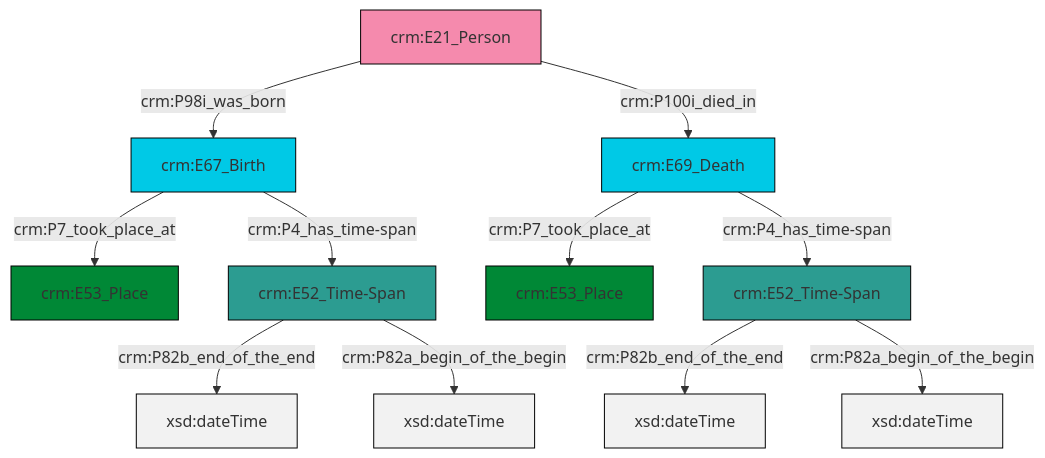
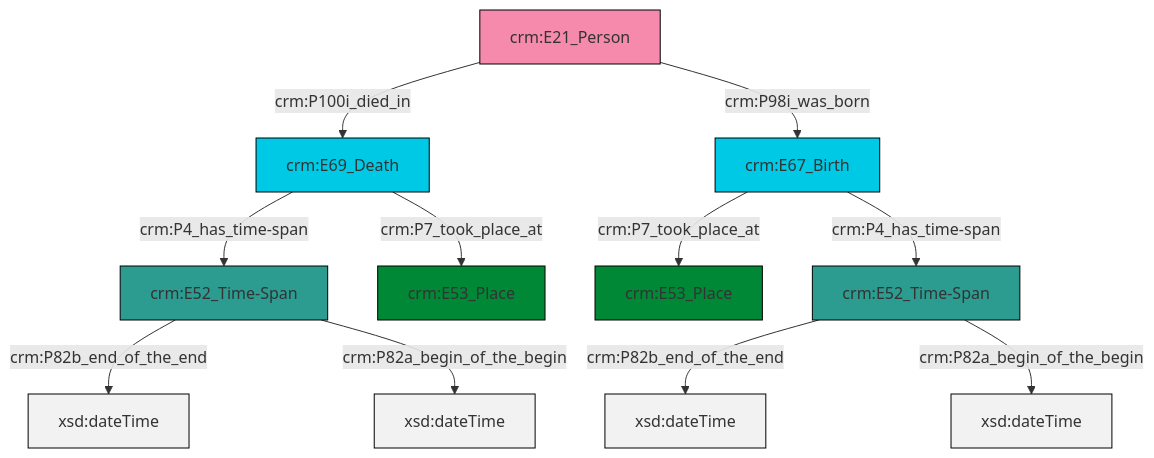
One commit to swiss-art-research-net/reference-data-models changed the diagram in et/personCSV/ttl/mmd/Person_Existence.ttl.mmd. Above: the diagram before and after it, drawn with Mermaid. The commit also changed 148 other files, not shown here.

```diff
--- a/et/personCSV/ttl/mmd/Person_Existence.ttl.mmd
+++ b/et/personCSV/ttl/mmd/Person_Existence.ttl.mmd
@@ -1,25 +1,25 @@
 graph TD
 classDef Literal fill:#f2f2f2,stroke:#000000;
 classDef CRM_Entity fill:#FFFFFF,stroke:#000000;
 classDef Temporal_Entity fill:#00C9E6, stroke:#000000;
 classDef Type fill:#E18312, stroke:#000000;
 classDef Time-Span fill:#2C9C91, stroke:#000000;
 classDef Appellation fill:#FFEB7F, stroke:#000000;
 classDef Place fill:#008836, stroke:#000000;
 classDef Persistent_Item fill:#B266B2, stroke:#000000;
 classDef Conceptual_Object fill:#FFD700, stroke:#000000;
 classDef Physical_Thing fill:#D2B48C, stroke:#000000;
 classDef Actor fill:#f58aad, stroke:#000000;
 classDef PC_Classes fill:#4ce600, stroke:#000000;
 classDef Multi fill:#cccccc,stroke:#000000;
 
-0["crm:E21_Person"]:::Actor -->|crm:P98i_was_born| 1["crm:E67_Birth"]:::Temporal_Entity
+0["crm:E67_Birth"]:::Temporal_Entity -->|crm:P7_took_place_at| 1["crm:E53_Place"]:::Place
 2["crm:E52_Time-Span"]:::Time-Span -->|crm:P82b_end_of_the_end| 3[xsd:dateTime]:::Literal
-4["crm:E69_Death"]:::Temporal_Entity -->|crm:P7_took_place_at| 5["crm:E53_Place"]:::Place
-0["crm:E21_Person"]:::Actor -->|crm:P100i_died_in| 4["crm:E69_Death"]:::Temporal_Entity
-7["crm:E52_Time-Span"]:::Time-Span -->|crm:P82b_end_of_the_end| 8[xsd:dateTime]:::Literal
-7["crm:E52_Time-Span"]:::Time-Span -->|crm:P82a_begin_of_the_begin| 12[xsd:dateTime]:::Literal
-4["crm:E69_Death"]:::Temporal_Entity -->|crm:P4_has_time-span| 2["crm:E52_Time-Span"]:::Time-Span
-2["crm:E52_Time-Span"]:::Time-Span -->|crm:P82a_begin_of_the_begin| 17[xsd:dateTime]:::Literal
-1["crm:E67_Birth"]:::Temporal_Entity -->|crm:P7_took_place_at| 15["crm:E53_Place"]:::Place
-1["crm:E67_Birth"]:::Temporal_Entity -->|crm:P4_has_time-span| 7["crm:E52_Time-Span"]:::Time-Span
+4["crm:E69_Death"]:::Temporal_Entity -->|crm:P4_has_time-span| 5["crm:E52_Time-Span"]:::Time-Span
+2["crm:E52_Time-Span"]:::Time-Span -->|crm:P82a_begin_of_the_begin| 9[xsd:dateTime]:::Literal
+5["crm:E52_Time-Span"]:::Time-Span -->|crm:P82b_end_of_the_end| 10[xsd:dateTime]:::Literal
+0["crm:E67_Birth"]:::Temporal_Entity -->|crm:P4_has_time-span| 2["crm:E52_Time-Span"]:::Time-Span
+4["crm:E69_Death"]:::Temporal_Entity -->|crm:P7_took_place_at| 7["crm:E53_Place"]:::Place
+5["crm:E52_Time-Span"]:::Time-Span -->|crm:P82a_begin_of_the_begin| 13[xsd:dateTime]:::Literal
+14["crm:E21_Person"]:::Actor -->|crm:P100i_died_in| 4["crm:E69_Death"]:::Temporal_Entity
+14["crm:E21_Person"]:::Actor -->|crm:P98i_was_born| 0["crm:E67_Birth"]:::Temporal_Entity
```
